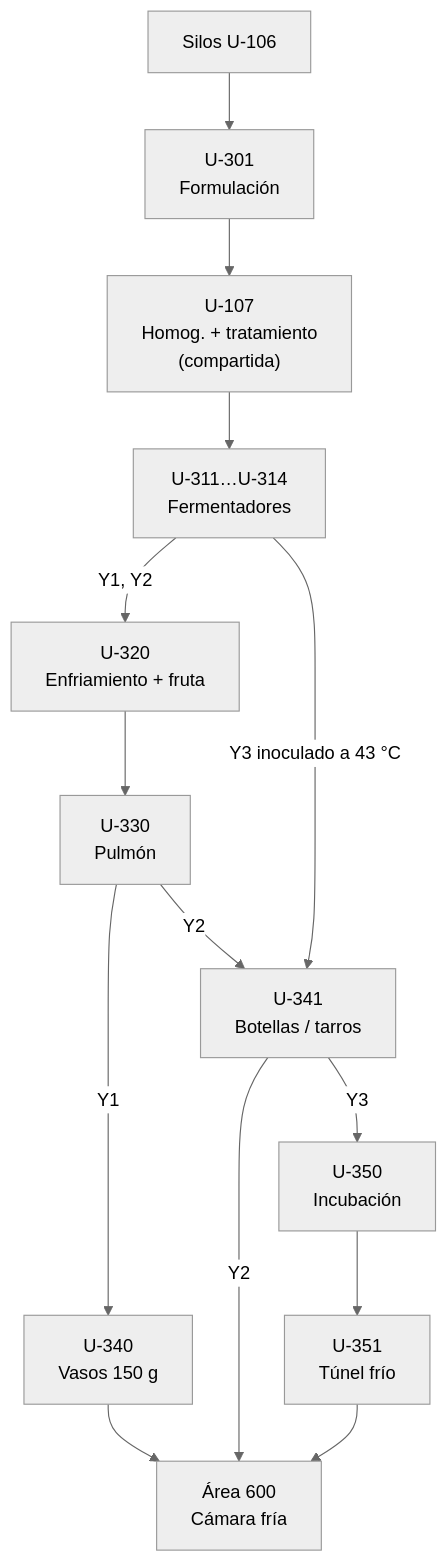
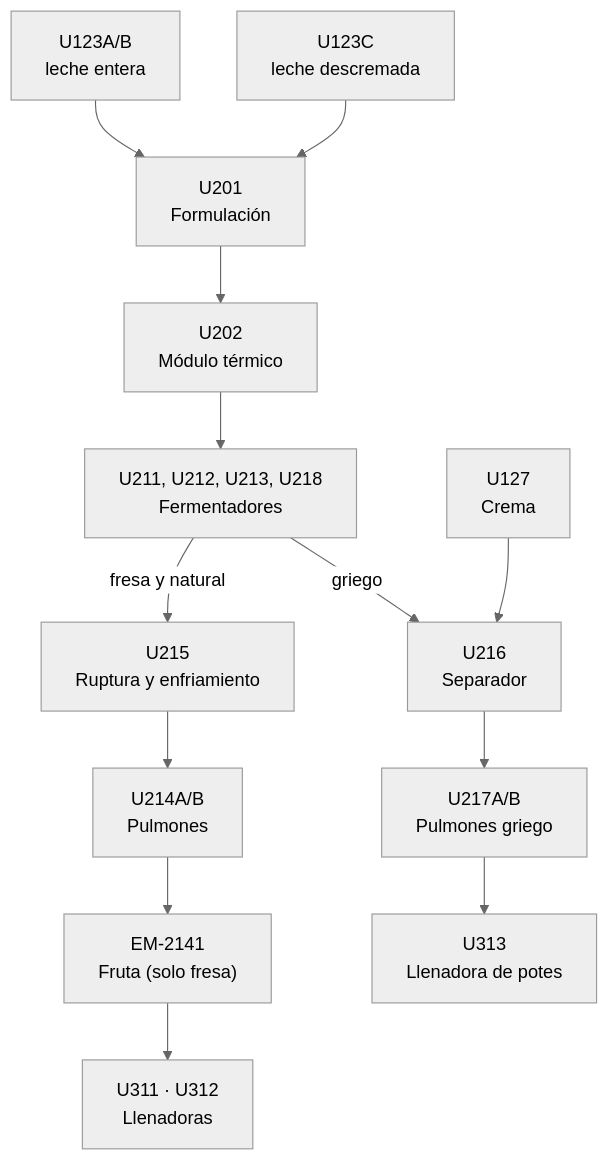
Before and after one commit to Mekvra/proyecto-integrador: the second of 2 diagrams in 01_transformacion-digital/isa88/modelo-fisico/modelo-fisico.md, drawn with Mermaid (neutral theme). The commit also changed other lines of this file and 4 other files, not shown here.

````diff
--- a/01_transformacion-digital/isa88/modelo-fisico/modelo-fisico.md
+++ b/01_transformacion-digital/isa88/modelo-fisico/modelo-fisico.md
@@ -100,15 +125,15 @@
 ```mermaid
 flowchart TD
-    S106["Silos U-106"] --> U301["U-301<br/>Formulación"]
-    U301 --> U107["U-107<br/>Homog. + tratamiento<br/>(compartida)"]
-    U107 --> F["U-311…U-314<br/>Fermentadores"]
-    F -->|"Y1, Y2"| U320["U-320<br/>Enfriamiento + fruta"]
-    U320 --> U330["U-330<br/>Pulmón"]
-    U330 -->|Y1| U340["U-340<br/>Vasos 150 g"]
-    U330 -->|Y2| U341["U-341<br/>Botellas / tarros"]
-    F -->|"Y3 inoculado a 43 °C"| U341
-    U341 -->|Y3| U350["U-350<br/>Incubación"] --> U351["U-351<br/>Túnel frío"]
-    U340 --> CF["Área 600<br/>Cámara fría"]
-    U341 -->|Y2| CF
-    U351 --> CF
+    S1["U123A/B<br/>leche entera"] --> U201
+    S2["U123C<br/>leche descremada"] --> U201
+    U201["U201<br/>Formulación"] --> U202["U202<br/>Módulo térmico"]
+    U202 --> F["U211, U212, U213, U218<br/>Fermentadores"]
+    F -->|"fresa y natural"| U215["U215<br/>Ruptura y enfriamiento"]
+    U215 --> U214["U214A/B<br/>Pulmones"]
+    U214 --> EM["EM-2141<br/>Fruta (solo fresa)"]
+    F -->|"griego"| U216["U216<br/>Separador"]
+    C["U127<br/>Crema"] --> U216
+    U216 --> U217["U217A/B<br/>Pulmones griego"]
+    EM --> L["U311 · U312<br/>Llenadoras"]
+    U217 --> L2["U313<br/>Llenadora de potes"]
 ```
````
